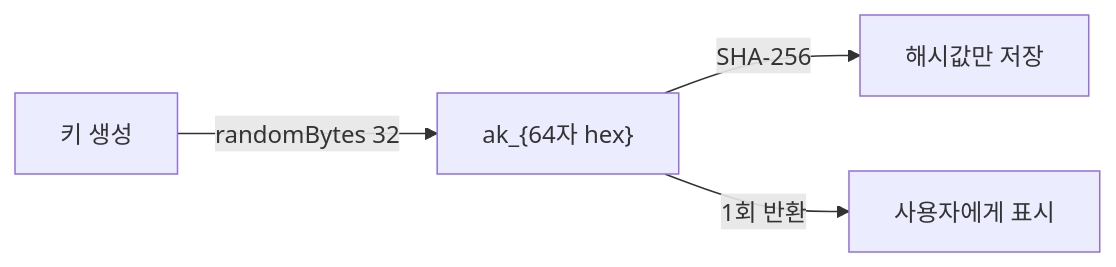
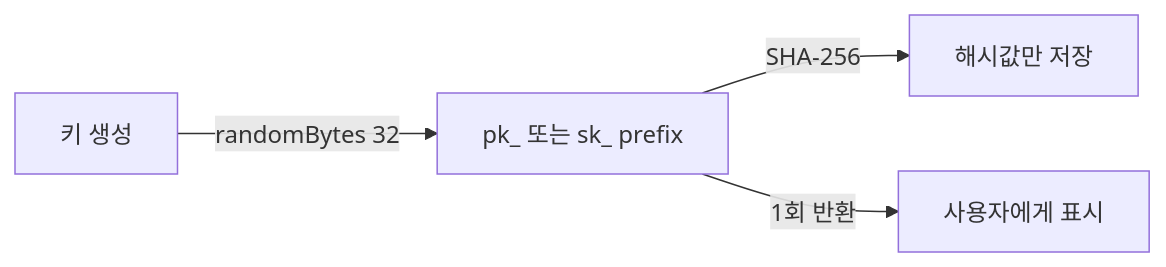
Before and after one commit to popup-studio-ai/bkend-docs: the second of 2 diagrams in ko/security/06-data-encryption.md, drawn with Mermaid. The commit also changed 365 other files, not shown here.

````diff
--- a/ko/security/06-data-encryption.md
+++ b/ko/security/06-data-encryption.md
@@ -80,6 +80,6 @@
 ```mermaid
 flowchart LR
-    A[키 생성] -->|randomBytes 32| B["ak_{64자 hex}"]
+    A[키 생성] -->|randomBytes 32| B["pk_ 또는 sk_ prefix"]
     B -->|SHA-256| C[해시값만 저장]
     B -->|1회 반환| D[사용자에게 표시]
 ```
````
